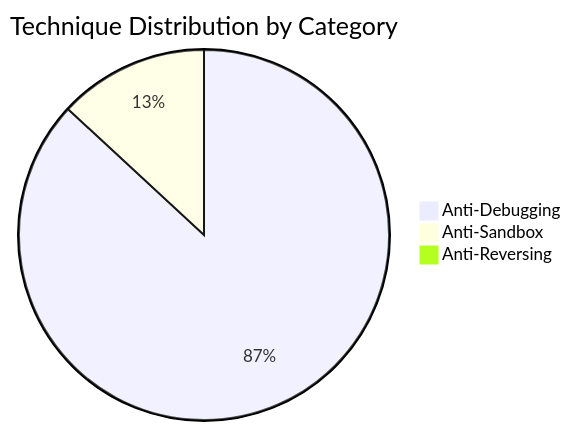
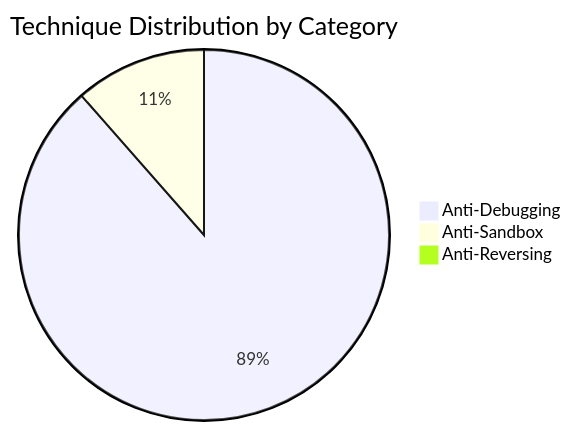
Before and after one commit to mabj/anti: the second of 8 diagrams in docs/diagrams/taxonomy.md, drawn with Mermaid. The commit also changed other lines of this file and 11 other files, not shown here.

````diff
--- a/docs/diagrams/taxonomy.md
+++ b/docs/diagrams/taxonomy.md
@@ -34,6 +34,6 @@
 ```mermaid
 pie title Technique Distribution by Category
-    "Anti-Debugging" : 53
-    "Anti-Sandbox" : 8
+    "Anti-Debugging" : 54
+    "Anti-Sandbox" : 7
     "Anti-Reversing" : 0
 ```
````
